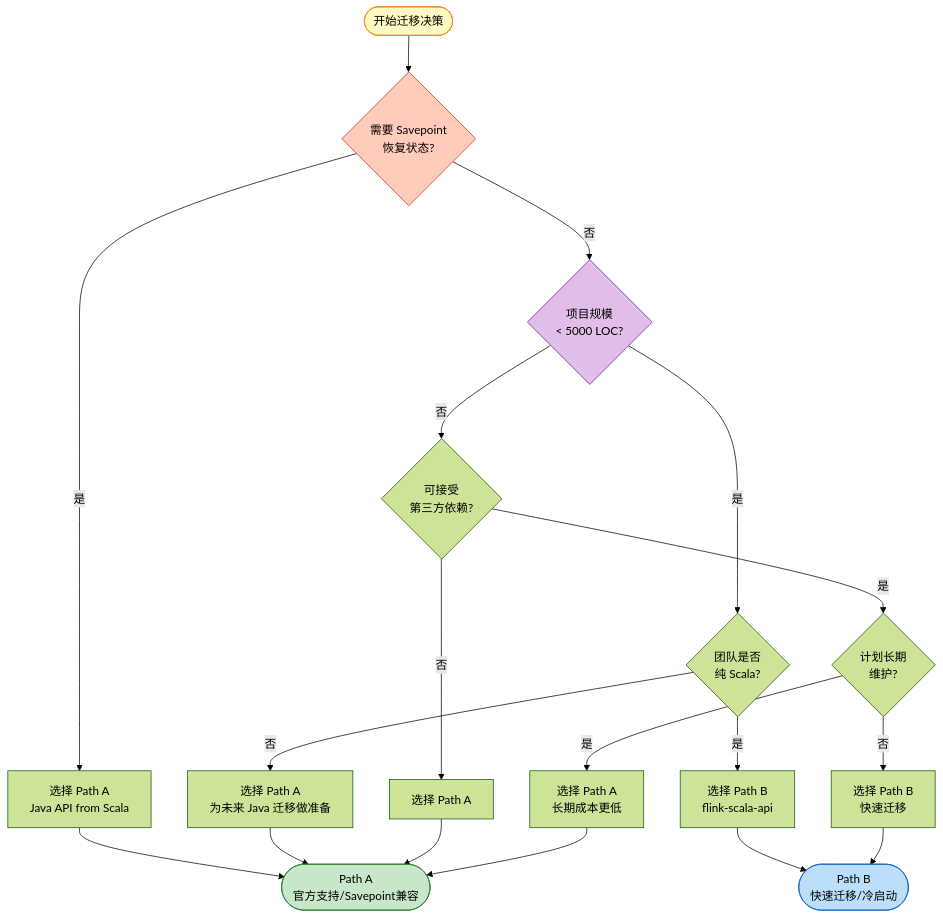
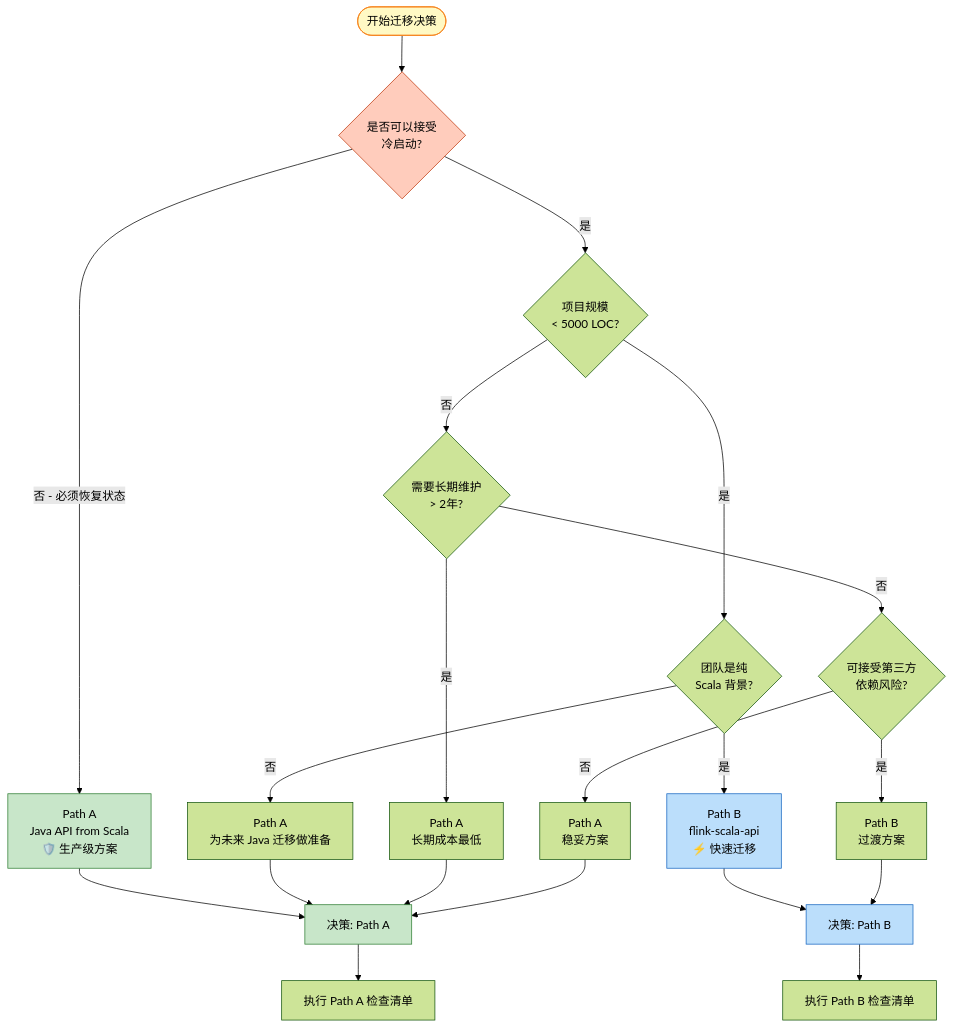
Before and after one commit to AdaMartin18010/AnalysisDataFlow: the first of 5 diagrams in Flink/09-language-foundations/03.01-migration-guide.md, drawn with Mermaid (forest theme). The commit also changed other lines of this file and 19 other files, not shown here.

````diff
--- a/Flink/09-language-foundations/03.01-migration-guide.md
+++ b/Flink/09-language-foundations/03.01-migration-guide.md
@@ -675,44 +192,36 @@
 ```mermaid
 flowchart TD
-    START([开始迁移决策]) --> Q1{需要 Savepoint
-    恢复状态?}
+    START([开始迁移决策]) --> Q1{是否可以接受<br/>冷启动?}
 
-    Q1 -->|是| PATH_A1[选择 Path A
-    Java API from Scala]
-    Q1 -->|否| Q2{项目规模
-    < 5000 LOC?}
+    Q1 -->|否 - 必须恢复状态| PATH_A[Path A<br/>Java API from Scala<br/>🛡️ 生产级方案]
+    Q1 -->|是| Q2{项目规模<br/>< 5000 LOC?}
 
-    Q2 -->|是| Q3{团队是否
-    纯 Scala?}
-    Q2 -->|否| Q4{可接受
-    第三方依赖?}
+    Q2 -->|是| Q3{团队是纯<br/>Scala 背景?}
+    Q2 -->|否| Q4{需要长期维护<br/>> 2年?}
 
-    Q3 -->|是| PATH_B1[选择 Path B
-    flink-scala-api]
-    Q3 -->|否| PATH_A2[选择 Path A
-    为未来 Java 迁移做准备]
+    Q3 -->|是| PATH_B_SMALL[Path B<br/>flink-scala-api<br/>⚡ 快速迁移]
+    Q3 -->|否| PATH_A_PREP[Path A<br/>为未来 Java 迁移做准备]
 
-    Q4 -->|是| Q5{计划长期
-    维护?}
-    Q4 -->|否| PATH_A3[选择 Path A]
+    Q4 -->|是| PATH_A_LONG[Path A<br/>长期成本最低]
+    Q4 -->|否| Q5{可接受第三方<br/>依赖风险?}
 
-    Q5 -->|是| PATH_A4[选择 Path A
-    长期成本更低]
-    Q5 -->|否| PATH_B2[选择 Path B
-    快速迁移]
+    Q5 -->|是| PATH_B_TRANS[Path B<br/>过渡方案]
+    Q5 -->|否| PATH_A_SAFE[Path A<br/>稳妥方案]
 
-    PATH_A1 --> END_A([Path A
-    官方支持/Savepoint兼容])
-    PATH_A2 --> END_A
-    PATH_A3 --> END_A
-    PATH_A4 --> END_A
-    PATH_B1 --> END_B([Path B
-    快速迁移/冷启动])
-    PATH_B2 --> END_B
+    PATH_A --> DECISION_A[决策: Path A]
+    PATH_A_PREP --> DECISION_A
+    PATH_A_LONG --> DECISION_A
+    PATH_A_SAFE --> DECISION_A
+    PATH_B_SMALL --> DECISION_B[决策: Path B]
+    PATH_B_TRANS --> DECISION_B
+
+    DECISION_A --> CHECKLIST_A[执行 Path A 检查清单]
+    DECISION_B --> CHECKLIST_B[执行 Path B 检查清单]
 
     style START fill:#fff9c4,stroke:#f57f17
-    style END_A fill:#c8e6c9,stroke:#2e7d32
-    style END_B fill:#bbdefb,stroke:#1565c0
+    style PATH_A fill:#c8e6c9,stroke:#2e7d32
+    style PATH_B_SMALL fill:#bbdefb,stroke:#1565c0
+    style DECISION_A fill:#c8e6c9,stroke:#2e7d32
+    style DECISION_B fill:#bbdefb,stroke:#1565c0
     style Q1 fill:#ffccbc,stroke:#bf360c
-    style Q2 fill:#e1bee7,stroke:#6a1b9a
 ```
````
